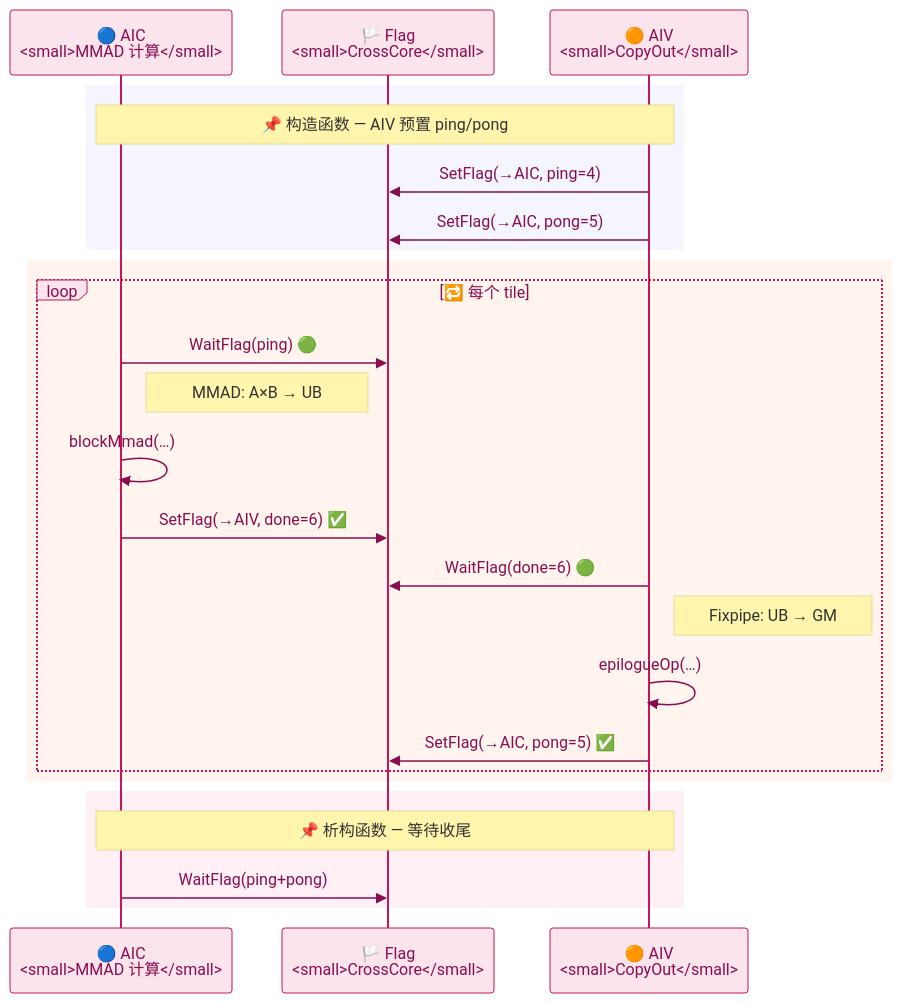
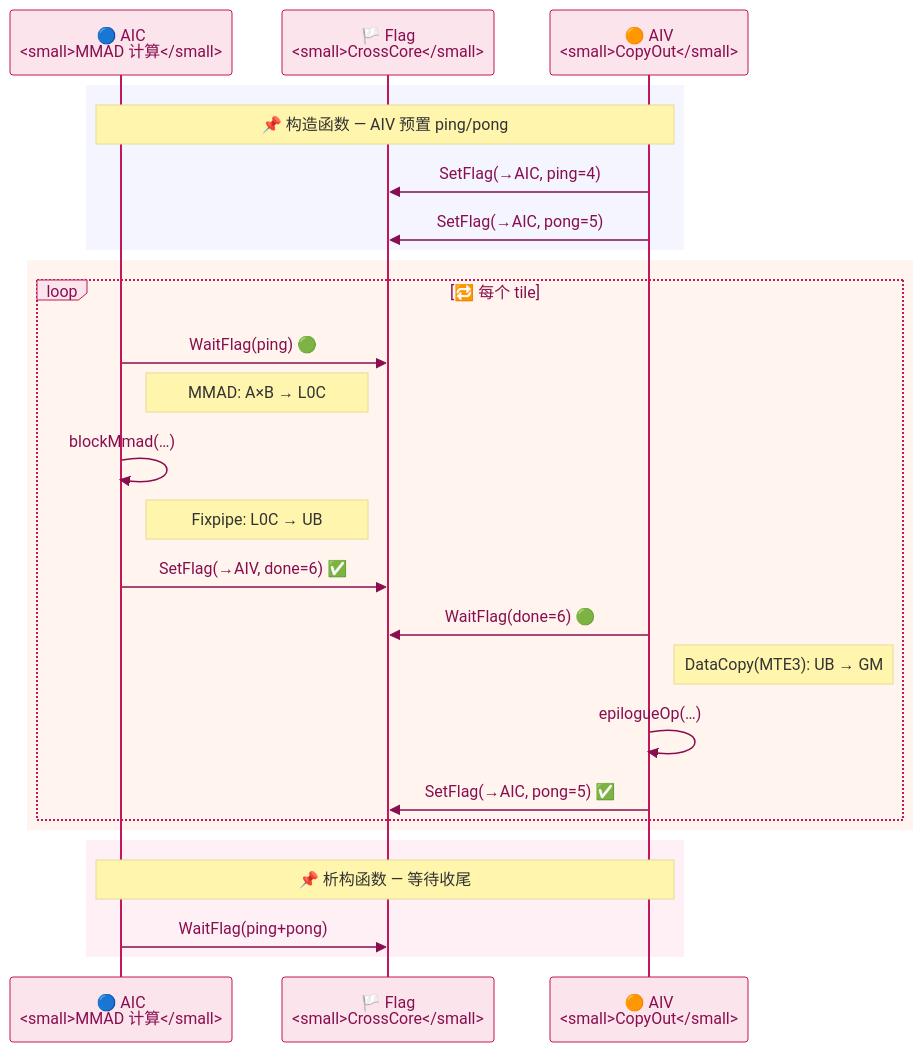
One commit to Atlas-Ascend-Fork/ops-tensor changed the third of 3 diagrams in tests/ut/README.md. Above: the diagram before and after it, drawn with Mermaid. The commit also changed other lines of this file and 19 other files, not shown here.

````diff
--- a/tests/ut/README.md
+++ b/tests/ut/README.md
@@ -278,31 +278,32 @@
 ```mermaid
 %%{init: {'theme': 'base', 'themeVariables': { 'primaryColor': '#fce4ec', 'primaryTextColor': '#880e4f', 'primaryBorderColor': '#c2185b', 'secondaryColor': '#e3f2fd', 'tertiaryColor': '#e0e0e0'}}}%%
 sequenceDiagram
     participant AIC as 🔵 AIC<br/><small>MMAD 计算</small>
     participant FLAG as 🏳️ Flag<br/><small>CrossCore</small>
     participant AIV as 🟠 AIV<br/><small>CopyOut</small>
 
     rect rgb(245, 245, 255)
         Note over AIC,AIV: 📌 构造函数 — AIV 预置 ping/pong
         AIV->>FLAG: SetFlag(→AIC, ping=4)
         AIV->>FLAG: SetFlag(→AIC, pong=5)
     end
 
     rect rgb(255, 245, 238)
         loop 🔁 每个 tile
             AIC->>FLAG: WaitFlag(ping) 🟢
-            Note right of AIC: MMAD: A×B → UB
+            Note right of AIC: MMAD: A×B → L0C
             AIC->>AIC: blockMmad(…)
+            Note right of AIC: Fixpipe: L0C → UB
             AIC->>FLAG: SetFlag(→AIV, done=6) ✅
             AIV->>FLAG: WaitFlag(done=6) 🟢
-            Note right of AIV: Fixpipe: UB → GM
+            Note right of AIV: DataCopy(MTE3): UB → GM
             AIV->>AIV: epilogueOp(…)
             AIV->>FLAG: SetFlag(→AIC, pong=5) ✅
         end
     end
 
     rect rgb(255, 240, 245)
         Note over AIC,AIV: 📌 析构函数 — 等待收尾
         AIC->>FLAG: WaitFlag(ping+pong)
     end
 ```
````
